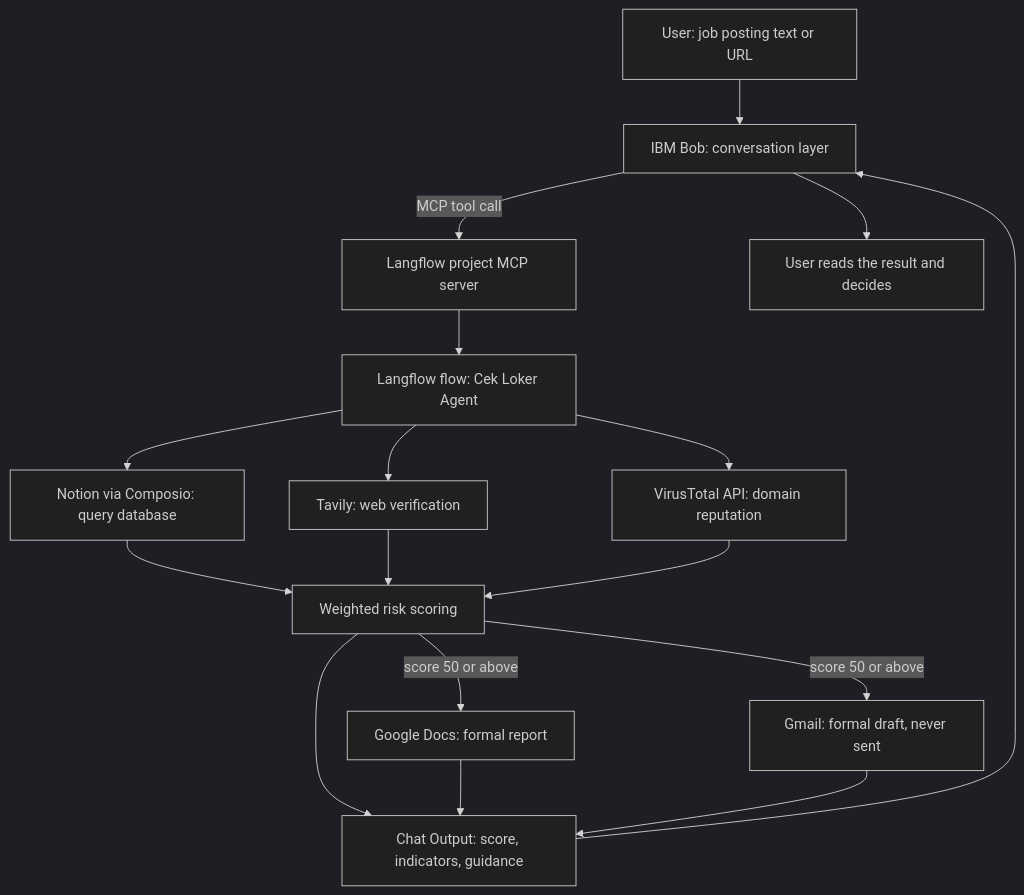
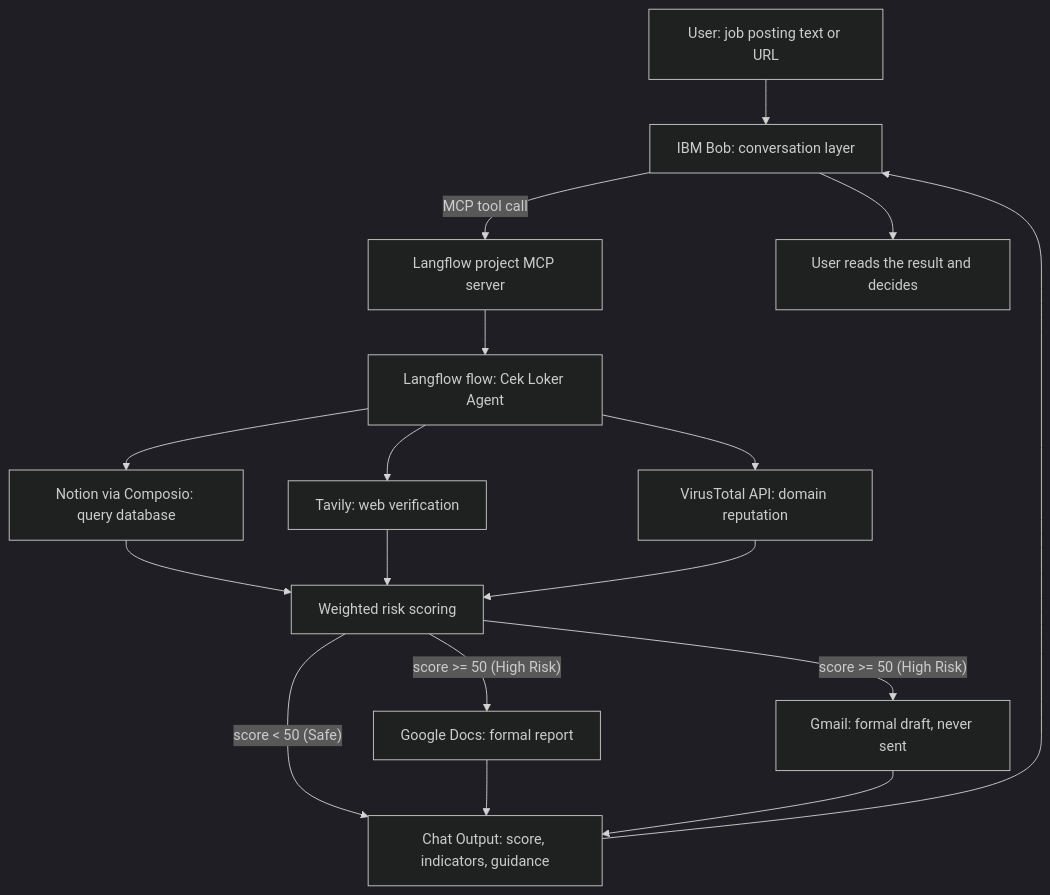
Before and after one commit to RifkyPutraRamadhan/Cek-Loker-AI-Job-Scam-Guard: the first of 2 diagrams in architecture/architecture.md, drawn with Mermaid (dark theme).

Commit message:
Update risk scoring thresholds in architecture.md

````diff
--- a/architecture/architecture.md
+++ b/architecture/architecture.md
@@ -32,19 +32,19 @@
 ```mermaid
 flowchart TD
     U["User: job posting text or URL"] --> B["IBM Bob: conversation layer"]
     B -->|"MCP tool call"| M["Langflow project MCP server"]
     M --> A["Langflow flow: Cek Loker Agent"]
     A --> N["Notion via Composio: query database"]
     A --> T["Tavily: web verification"]
     A --> V["VirusTotal API: domain reputation"]
     N --> S["Weighted risk scoring"]
     T --> S
     V --> S
-    S -->|"score 50 or above"| D["Google Docs: formal report"]
-    S -->|"score 50 or above"| G["Gmail: formal draft, never sent"]
-    S --> O["Chat Output: score, indicators, guidance"]
+    S -->|"score >= 50 (High Risk)"| D["Google Docs: formal report"]
+    S -->|"score >= 50 (High Risk)"| G["Gmail: formal draft, never sent"]
+    S -->|"score < 50 (Safe)"| O["Chat Output: score, indicators, guidance"]
     D --> O
     G --> O
     O --> B
     B --> R["User reads the result and decides"]
 ```
````
